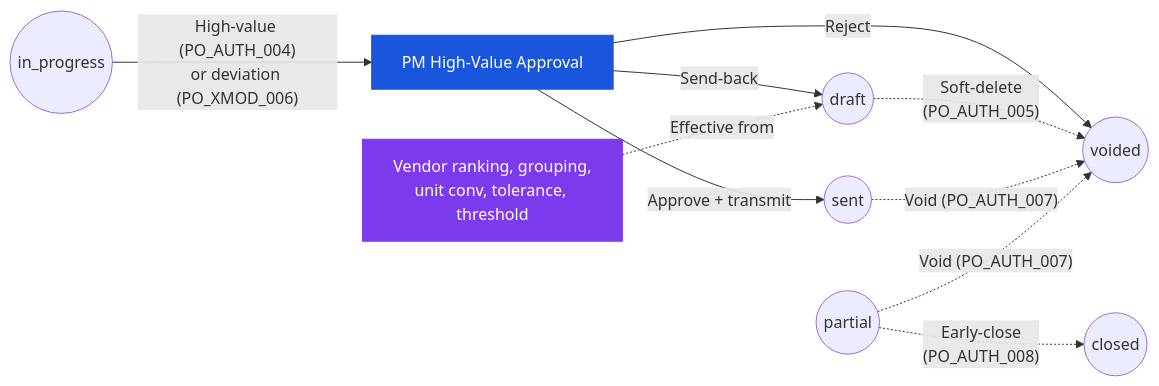
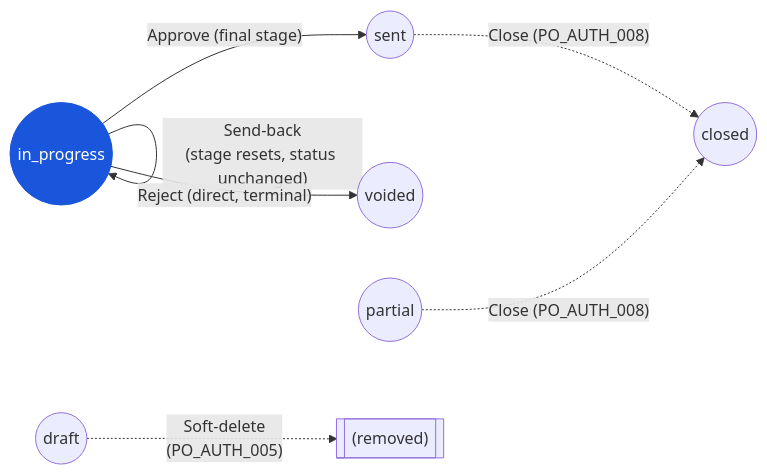
One commit to CarmenSoftware-organization/carmen-wiki changed the diagram in en/inventory/purchase-order/03-user-flow-procurement-manager.md. Above: the diagram before and after it, drawn with Mermaid. The commit also changed other lines of this file and 38 other files, not shown here.

````diff
--- a/en/inventory/purchase-order/03-user-flow-procurement-manager.md
+++ b/en/inventory/purchase-order/03-user-flow-procurement-manager.md
@@ -23,14 +25,10 @@
 ```mermaid
 graph LR
-    inprog(("in_progress")) -->|"High-value (PO_AUTH_004)<br/>or deviation (PO_XMOD_006)"| pm["PM High-Value Approval"]:::current
-    pm -->|"Approve + transmit"| sent(("sent"))
-    pm -->|"Send-back"| draft(("draft"))
-    pm -->|"Reject"| voided(("voided"))
-    draft -.->|"Soft-delete<br/>(PO_AUTH_005)"| voided
-    sent -.->|"Void (PO_AUTH_007)"| voided
-    partial(("partial")) -.->|"Void (PO_AUTH_007)"| voided
-    partial -.->|"Early-close<br/>(PO_AUTH_008)"| closed(("closed"))
-    cfg["Vendor ranking, grouping,<br/>unit conv, tolerance, threshold"]:::current2 -.->|"Effective from"| draft
+    inprog(("in_progress")):::current -->|"Approve (final stage)"| sent(("sent"))
+    inprog -->|"Send-back<br/>(stage resets, status unchanged)"| inprog
+    inprog -->|"Reject (direct, terminal)"| voided(("voided"))
+    draft(("draft")) -.->|"Soft-delete<br/>(PO_AUTH_005)"| gone[["(removed)"]]
+    sent -.->|"Close (PO_AUTH_008)"| closed(("closed"))
+    partial(("partial")) -.->|"Close (PO_AUTH_008)"| closed
     classDef current fill:#1a56db,color:#fff,stroke:#1a56db;
-    classDef current2 fill:#7c3aed,color:#fff,stroke:#7c3aed;
 ```
````
